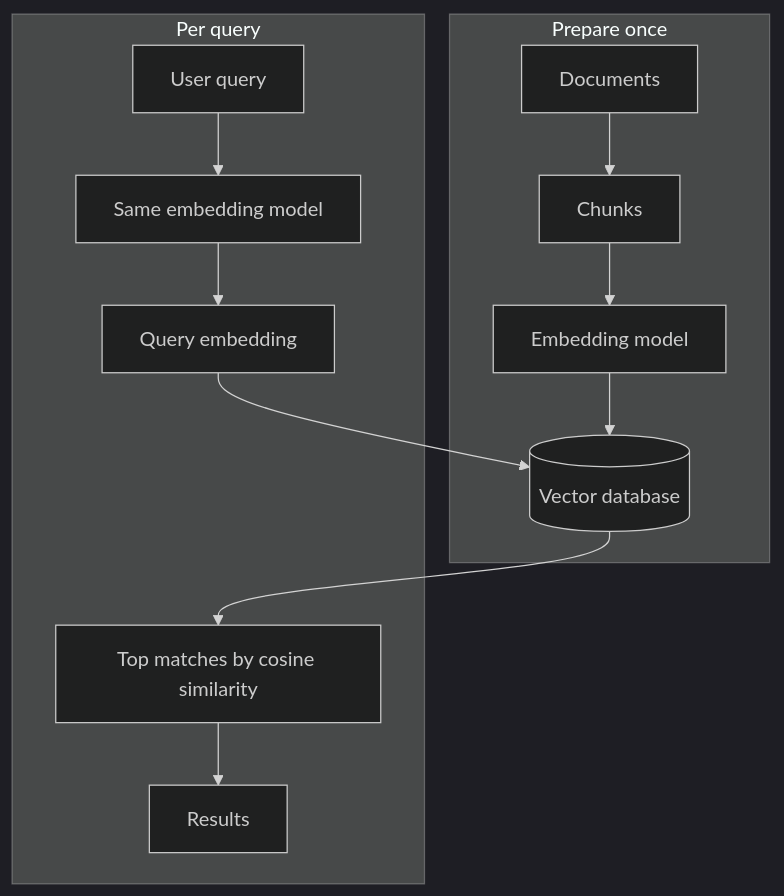
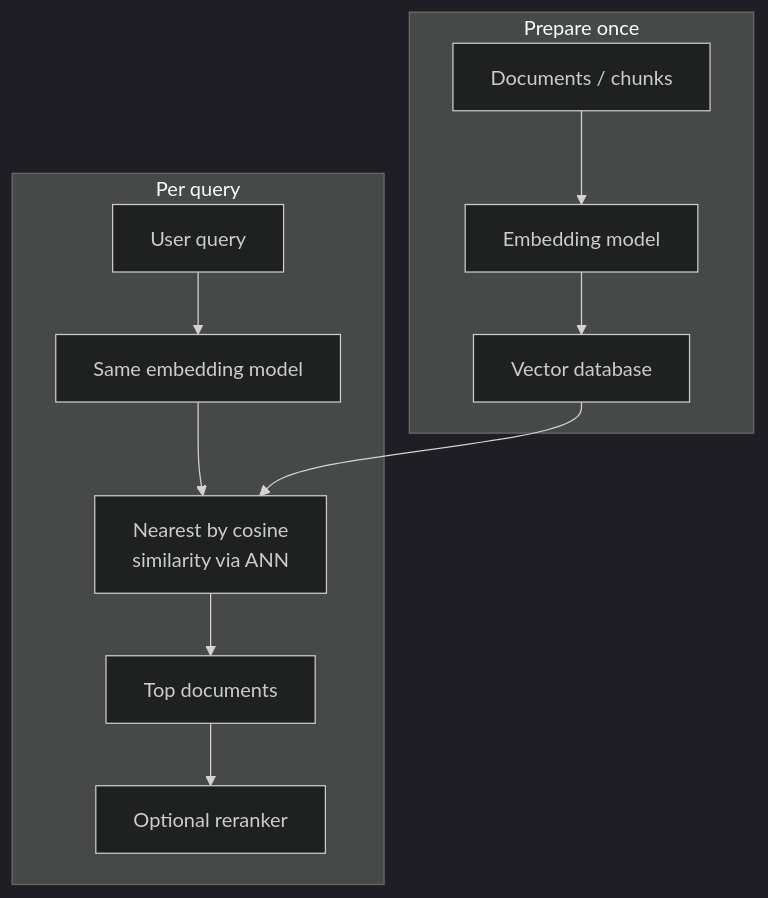
One commit to kaisarnajar/outcome-school-blogs changed the diagram in notes/step-09-vector-search-and-retrieval-augmented-generation-rag/105-how-does-semantic-search-work.md. Above: the diagram before and after it, drawn with Mermaid (dark theme). The commit also changed other lines of this file and 233 other files, not shown here.

````diff
--- a/notes/step-09-vector-search-and-retrieval-augmented-generation-rag/105-how-does-semantic-search-work.md
+++ b/notes/step-09-vector-search-and-retrieval-augmented-generation-rag/105-how-does-semantic-search-work.md
@@ -42,15 +38,14 @@
 ```mermaid
 flowchart TD
-    subgraph Offline["Prepare once"]
-        D["Documents"] --> CH["Chunks"]
-        CH --> EM1["Embedding model"]
-        EM1 --> VDB[("Vector database")]
+    subgraph P["Prepare once"]
+        D1["Documents / chunks"] --> E1["Embedding model"]
+        E1 --> VD["Vector database"]
     end
-    subgraph Online["Per query"]
-        Q["User query"] --> EM2["Same embedding model"]
-        EM2 --> QE["Query embedding"]
-        QE --> VDB
-        VDB --> TOP["Top matches by cosine similarity"]
-        TOP --> R["Results"]
+    subgraph S["Per query"]
+        Q1["User query"] --> E2["Same embedding model"]
+        E2 --> N1["Nearest by cosine<br/>similarity via ANN"]
+        VD --> N1
+        N1 --> R1["Top documents"]
+        R1 --> RR["Optional reranker"]
     end
 ```
````
